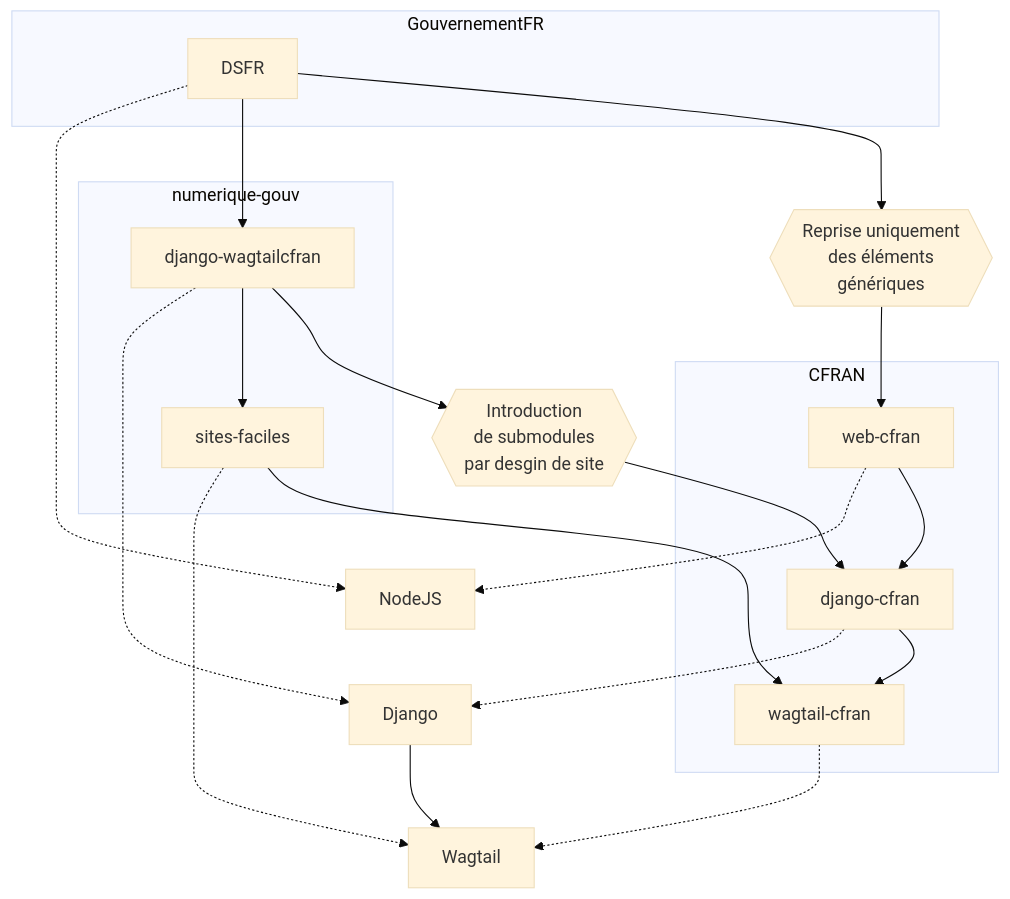
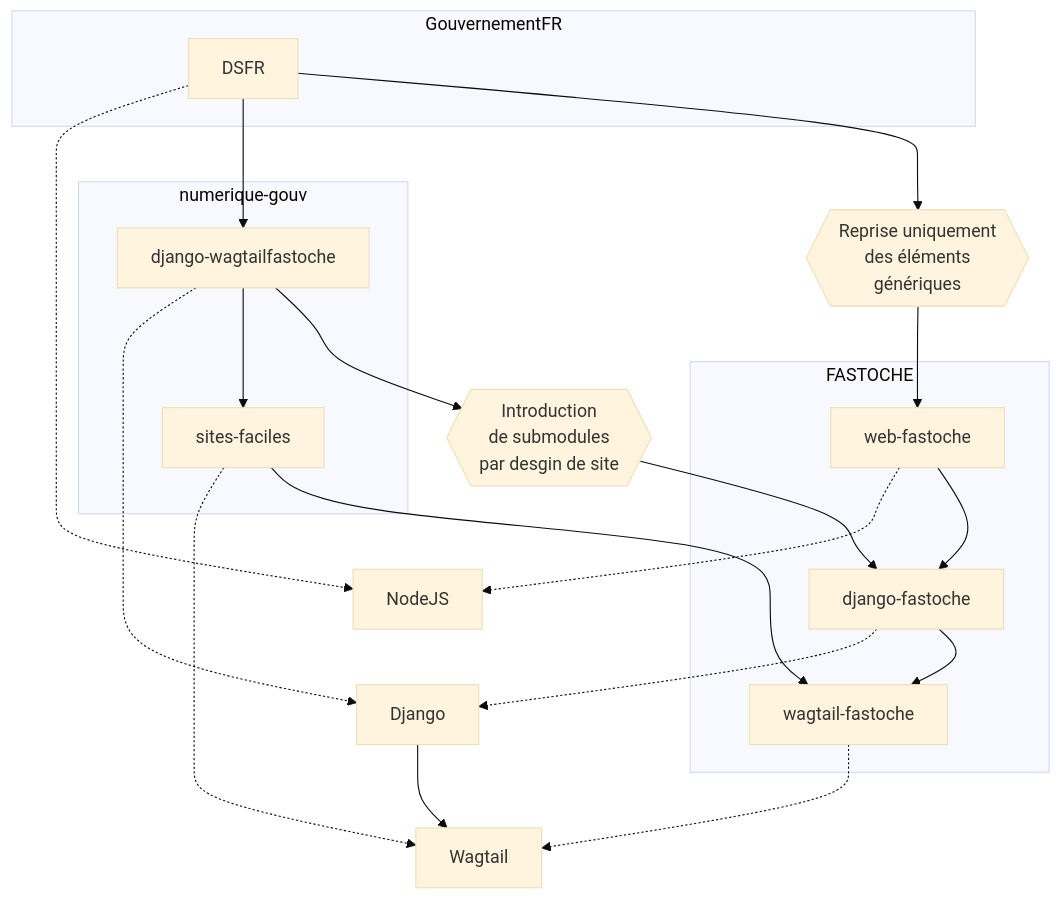
Before and after one commit to chris2fr/wagtail-village: the diagram in README.md, drawn with Mermaid (base theme). The commit also changed other lines of this file and 266 other files, not shown here.

Commit message:
app name change for django_fastoche here

````diff
--- a/README.md
+++ b/README.md
@@ -21,37 +21,37 @@
 ```mermaid
 flowchart TD
 
 subgraph GouvernementFR
 	DSFR
 end
 subgraph numerique-gouv
-	django-wagtailcfran
+	django-wagtailfastoche
 	sites-faciles
 end
-subgraph CFRAN 
-	web-cfran
-	django-cfran
-	wagtail-cfran
+subgraph FASTOCHE 
+	web-fastoche
+	django-fastoche
+	wagtail-fastoche
 end
 
 
-django-wagtailcfran -.-> Django 
+django-wagtailfastoche -.-> Django 
  sites-faciles-.-> Wagtail 
- django-cfran -.-> Django
-wagtail-cfran -.-> Wagtail 
+ django-fastoche -.-> Django
+wagtail-fastoche -.-> Wagtail 
 DSFR -.-> NodeJS 
-web-cfran  -.-> NodeJS 
+web-fastoche  -.-> NodeJS 
 
-DSFR --> django-wagtailcfran
-django-wagtailcfran --> sites-faciles
+DSFR --> django-wagtailfastoche
+django-wagtailfastoche --> sites-faciles
 DSFR --> uniquement-generique{{Reprise uniquement\ndes éléments\ngénériques}}
-uniquement-generique --> web-cfran
-web-cfran --> django-cfran
+uniquement-generique --> web-fastoche
+web-fastoche --> django-fastoche
 
-django-wagtailcfran --> intro-submodules{{Introduction\nde submodules\npar desgin de site}}
-intro-submodules --> django-cfran
-django-cfran --> wagtail-cfran
-sites-faciles --> wagtail-cfran
+django-wagtailfastoche --> intro-submodules{{Introduction\nde submodules\npar desgin de site}}
+intro-submodules --> django-fastoche
+django-fastoche --> wagtail-fastoche
+sites-faciles --> wagtail-fastoche
 
 Django --> Wagtail
 ```
````
